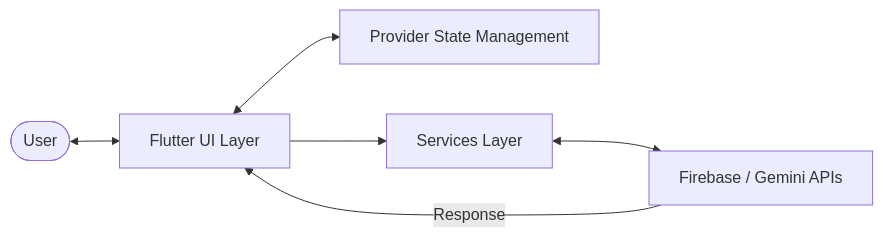
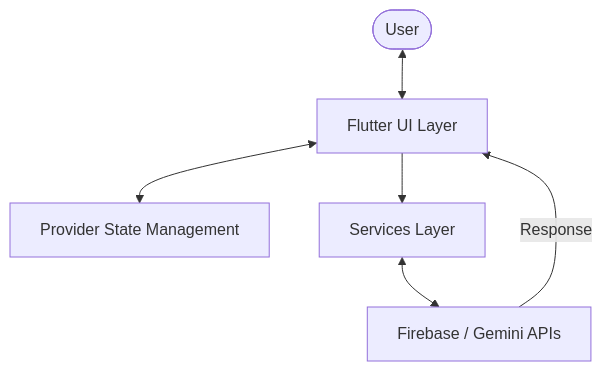
Before and after one commit to SyntaxNoob19/Clariora: the diagram in README.md, drawn with Mermaid. The commit also changed other lines of this file and 4 other files, not shown here.

````diff
--- a/README.md
+++ b/README.md
@@ -115,8 +99,8 @@
 ```mermaid
-graph LR
+graph TD
     User([User]) <--> UI[Flutter UI Layer]
     UI <--> Prov[Provider State Management]
     UI --> Serv[Services Layer]
     Serv <--> API[Firebase / Gemini APIs]
     API -->|Response| UI
 ```
````
